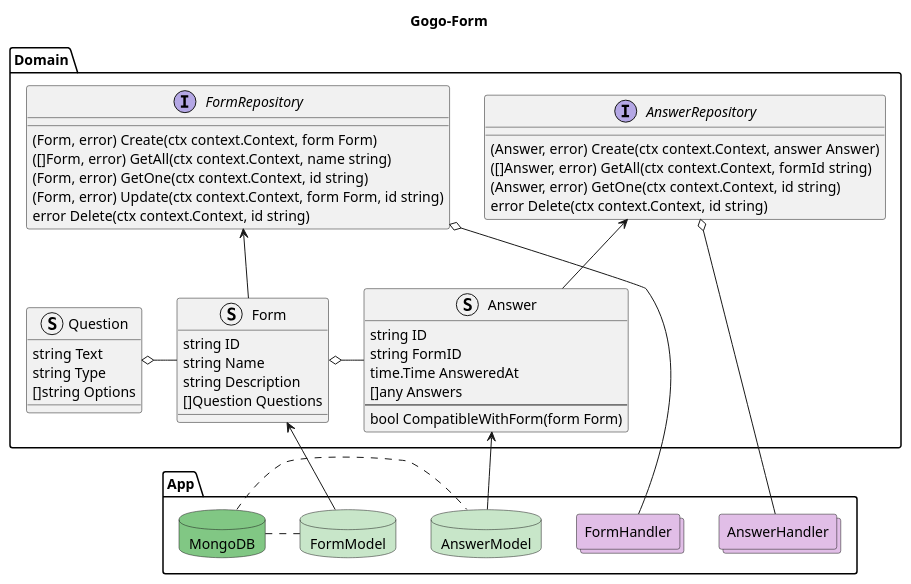
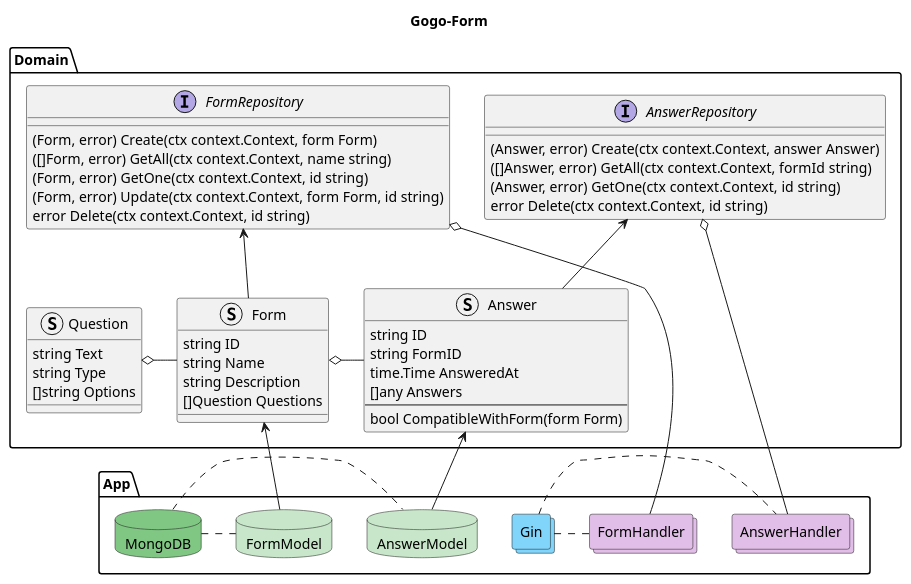
Before and after one commit to Pablo1Gustavo/gogo-form: the diagram in doc/diagram.puml, drawn with PlantUML. The commit also changed 1 other file, not shown here.

Commit message:
DC: update diagram.

```diff
--- a/doc/diagram.puml
+++ b/doc/diagram.puml
@@ -1,69 +1,74 @@
 @startuml
 allow_mixing
 title Gogo-Form
 
 package Domain {
     struct Question {
     	string Text
     	string Type    
     	[]string Options
     }
 
     struct Form {
     	string ID 
     	string Name
     	string Description
     	[]Question Questions
 
     }
 
     struct Answer {
       string ID
       string FormID
       time.Time AnsweredAt
       []any Answers
       --
       bool CompatibleWithForm(form Form)
     }
 
     interface FormRepository {
     	(Form, error) Create(ctx context.Context, form Form)
     	([]Form, error) GetAll(ctx context.Context, name string)
     	(Form, error) GetOne(ctx context.Context, id string)
     	(Form, error) Update(ctx context.Context, form Form, id string)
     	error Delete(ctx context.Context, id string)
     }
 
     interface AnswerRepository {
     	(Answer, error) Create(ctx context.Context, answer Answer)
     	([]Answer, error) GetAll(ctx context.Context, formId string)
     	(Answer, error) GetOne(ctx context.Context, id string)
     	error Delete(ctx context.Context, id string)
     }
 }
 
 package App {
     database AnswerModel #C8E6C9
     database FormModel #C8E6C9
     database MongoDB #81C784
 
     collections AnswerHandler #E1BEE7
     collections FormHandler #E1BEE7
+
+    collections Gin #81D4FA
 }
 
 FormRepository <-- Form
 AnswerRepository <-- Answer
 
 Question o- Form
 Form o- Answer
 
 FormRepository o-- FormHandler
 AnswerRepository o-- AnswerHandler
 
+Gin . FormHandler
+Gin . AnswerHandler
+
 MongoDB . FormModel
 MongoDB . AnswerModel
 
 Form <-- FormModel
 Answer <-- AnswerModel
 
 @enduml
```
